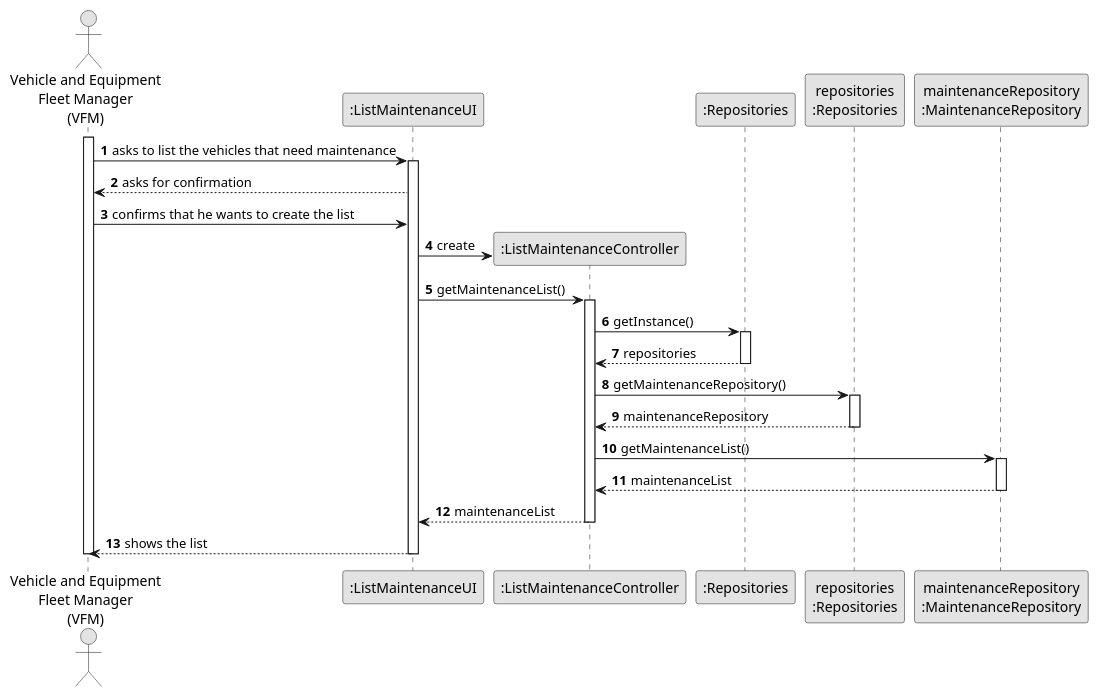
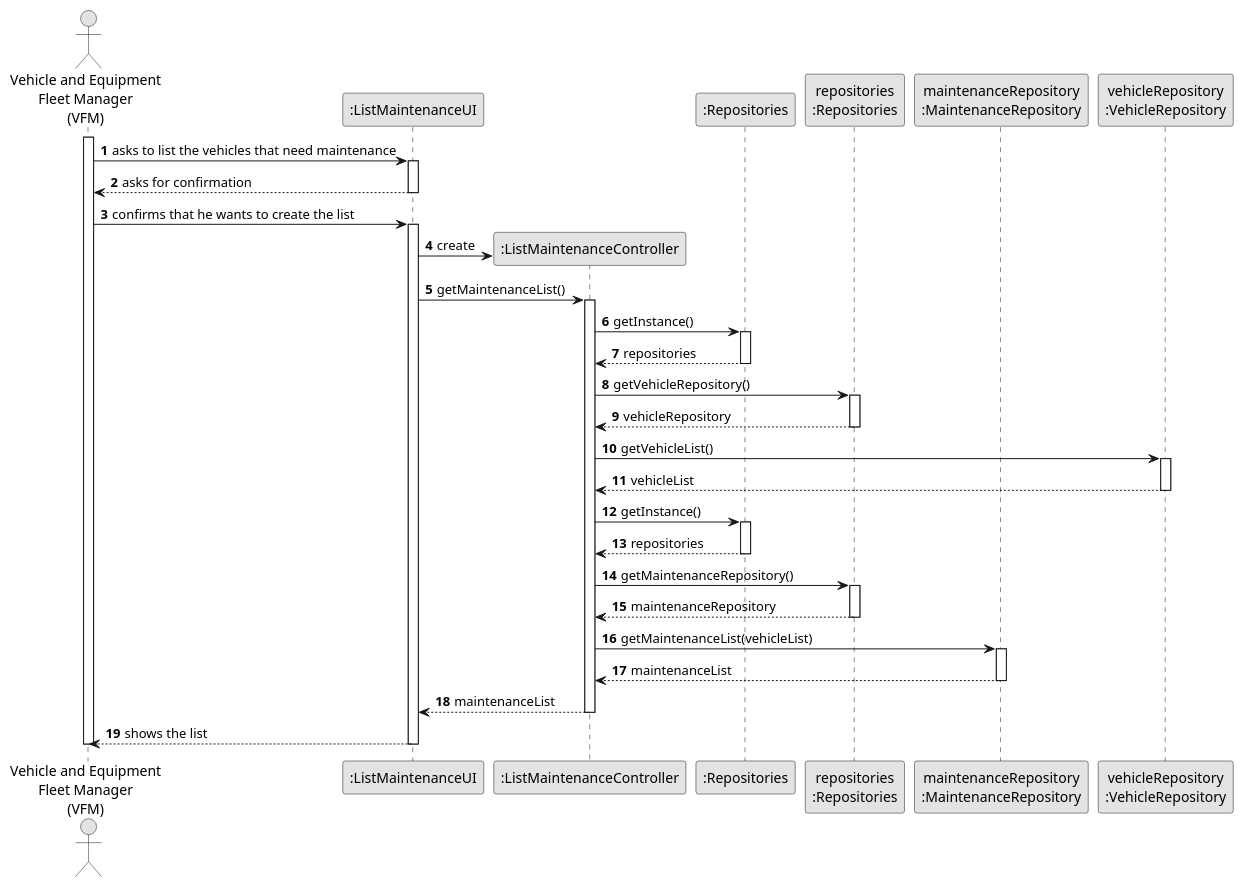
One commit to diogoveirospro/lei-24-s2-1dg-g072 changed the diagram in docs/sprintC/us008/03.design/puml/us008-sequence-diagram-full.puml. Above: the diagram before and after it, drawn with PlantUML. The commit also changed 3 other files, not shown here.

```diff
--- a/docs/sprintC/us008/03.design/puml/us008-sequence-diagram-full.puml
+++ b/docs/sprintC/us008/03.design/puml/us008-sequence-diagram-full.puml
@@ -1,60 +1,82 @@
 @startuml
 skinparam monochrome true
 skinparam packageStyle rectangle
 skinparam shadowing false
 
 autonumber
 
 'hide footbox
 actor "Vehicle and Equipment\nFleet Manager\n(VFM)" as VFM
 participant ":ListMaintenanceUI" as UI
 participant ":ListMaintenanceController" as CTRL
 participant ":Repositories" as RepositorySingleton
 participant "repositories\n:Repositories" as REP
 participant "maintenanceRepository\n:MaintenanceRepository" as maintenanceRepository
+participant "vehicleRepository\n:VehicleRepository" as vehicleRepository
 
 
 activate VFM
 
         VFM -> UI : asks to list the vehicles that need maintenance
 
         activate UI
 
             UI --> VFM : asks for confirmation
+        deactivate UI
+            VFM -> UI : confirms that he wants to create the list
+        activate UI
 
-            VFM -> UI : confirms that he wants to create the list
             UI -> CTRL** : create
+
             UI -> CTRL : getMaintenanceList()
             activate CTRL
 
+                CTRL -> RepositorySingleton : getInstance()
+
+                activate RepositorySingleton
+
+                    RepositorySingleton --> CTRL : repositories
+                deactivate RepositorySingleton
+
+                CTRL -> REP : getVehicleRepository()
+                activate REP
+
+                    REP --> CTRL : vehicleRepository
+                deactivate REP
+
+                CTRL -> vehicleRepository : getVehicleList()
+                activate vehicleRepository
+
+                    vehicleRepository --> CTRL : vehicleList
+                deactivate vehicleRepository
                 CTRL -> RepositorySingleton : getInstance()
                 activate RepositorySingleton
 
                     RepositorySingleton --> CTRL: repositories
                 deactivate RepositorySingleton
 
                 CTRL -> REP : getMaintenanceRepository()
                 activate REP
 
                     REP --> CTRL: maintenanceRepository
                 deactivate REP
 
-                CTRL -> maintenanceRepository : getMaintenanceList()
+                CTRL -> maintenanceRepository : getMaintenanceList(vehicleList)
 
                 activate maintenanceRepository
 
                         maintenanceRepository --> CTRL : maintenanceList
                 deactivate maintenanceRepository
 
             deactivate maintenanceRepository
 
             CTRL --> UI: maintenanceList
             deactivate CTRL
             UI --> VFM: shows the list
     deactivate UI
 
 deactivate VFM
 
 
 
 @enduml
```
